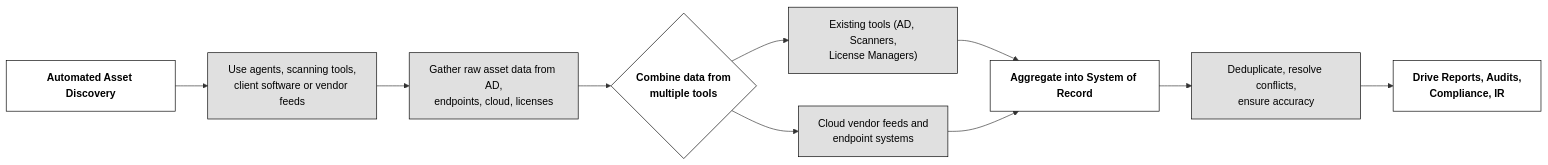
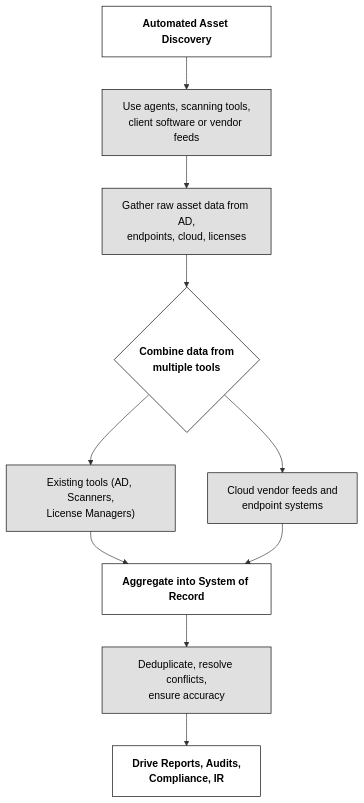
Before and after one commit to lorenzoleonelli/CISSP-Zero-to-Hero: the first of 2 diagrams in DOMAIN2 - Asset Security/2.3 Provision information and assets securely.md, drawn with Mermaid. The commit also changed 6 other files, not shown here.

````diff
--- a/DOMAIN2 - Asset Security/2.3 Provision information and assets securely.md
+++ b/DOMAIN2 - Asset Security/2.3 Provision information and assets securely.md
@@ -135,21 +135,21 @@
 ```mermaid
-flowchart LR
-    A[Automated Asset Discovery] --> B["Use agents, scanning tools,<br/>client software or vendor feeds"]
+flowchart TD
+    A["Automated Asset Discovery"] --> B["Use agents, scanning tools,<br/>client software or vendor feeds"]
     B --> C["Gather raw asset data from AD,<br/>endpoints, cloud, licenses"]
-    C --> D{Combine data from<br/>multiple tools}
+    C --> D{"Combine data from<br/>multiple tools"}
     
     D --> E["Existing tools (AD, Scanners,<br/>License Managers)"]
     D --> F["Cloud vendor feeds and<br/>endpoint systems"]
 
-    E --> G[Aggregate into System of Record]
+    E --> G["Aggregate into System of Record"]
     F --> G
     
     G --> H["Deduplicate, resolve conflicts,<br/>ensure accuracy"]
     H --> I["Drive Reports, Audits,<br/>Compliance, IR"]
 
     classDef center fill:#ffffff,color:#000000,stroke:#000000,stroke-width:1px,font-weight:bold
     classDef node fill:#e0e0e0,color:#000000,stroke:#000000,stroke-width:1px
 
     class A,D,G,I center
     class B,C,E,F,H node
 ```
````
